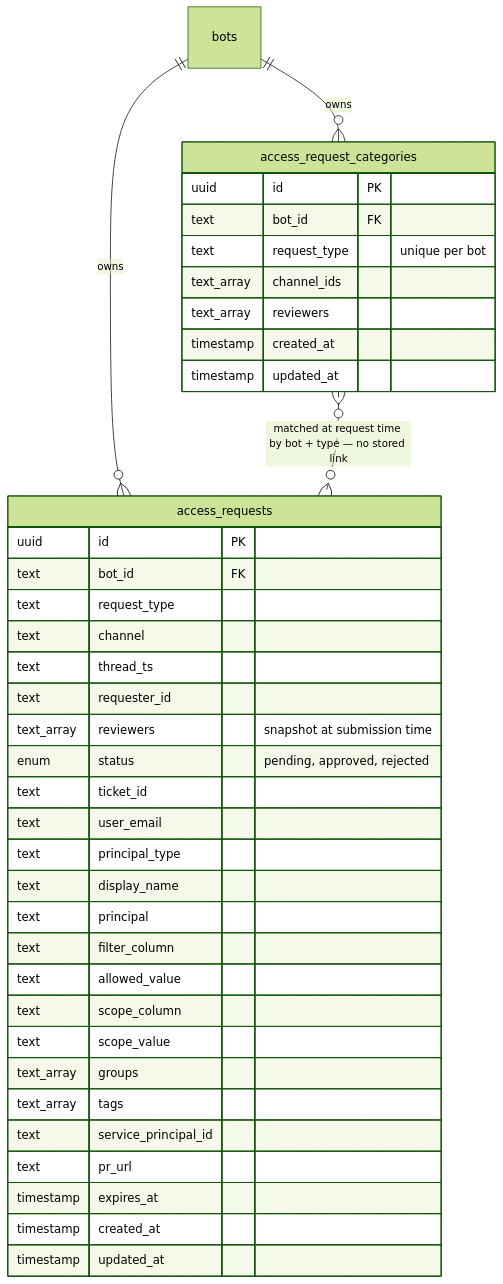
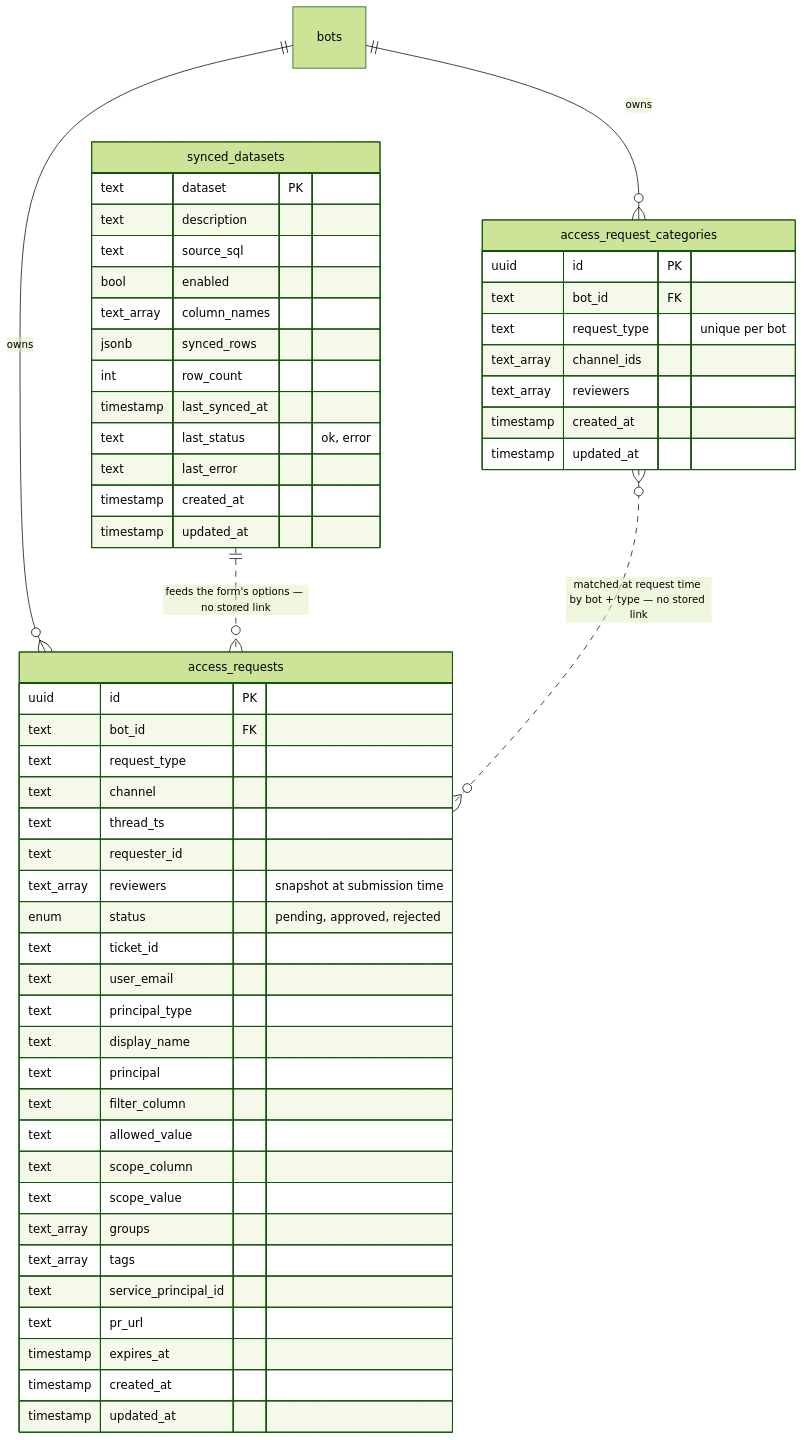
One commit to HungNguyen501/agentic-slack-bot changed the second of 2 diagrams in docs/data_access_request_form.md. Above: the diagram before and after it, drawn with Mermaid (forest theme). The commit also changed other lines of this file and 36 other files, not shown here.

````diff
--- a/docs/data_access_request_form.md
+++ b/docs/data_access_request_form.md
@@ -146,43 +259,59 @@
 ```mermaid
 erDiagram
     bots ||--o{ access_request_categories : "owns"
     bots ||--o{ access_requests : "owns"
+    synced_datasets ||..o{ access_requests : "feeds the form's options — no stored link"
     access_request_categories }o..o{ access_requests : "matched at request time by bot + type — no stored link"
 
     access_request_categories {
         uuid id PK
         text bot_id FK
         text request_type "unique per bot"
         text_array channel_ids
         text_array reviewers
+        timestamp created_at
+        timestamp updated_at
+    }
+
+    synced_datasets {
+        text dataset PK
+        text description
+        text source_sql
+        bool enabled
+        text_array column_names
+        jsonb synced_rows
+        int row_count
+        timestamp last_synced_at
+        text last_status "ok, error"
+        text last_error
         timestamp created_at
         timestamp updated_at
     }
 
     access_requests {
         uuid id PK
         text bot_id FK
         text request_type
         text channel
         text thread_ts
         text requester_id
         text_array reviewers "snapshot at submission time"
         enum status "pending, approved, rejected"
         text ticket_id
         text user_email
         text principal_type
         text display_name
         text principal
         text filter_column
         text allowed_value
         text scope_column
         text scope_value
         text_array groups
         text_array tags
         text service_principal_id
         text pr_url
         timestamp expires_at
         timestamp created_at
         timestamp updated_at
     }
 ```
````
